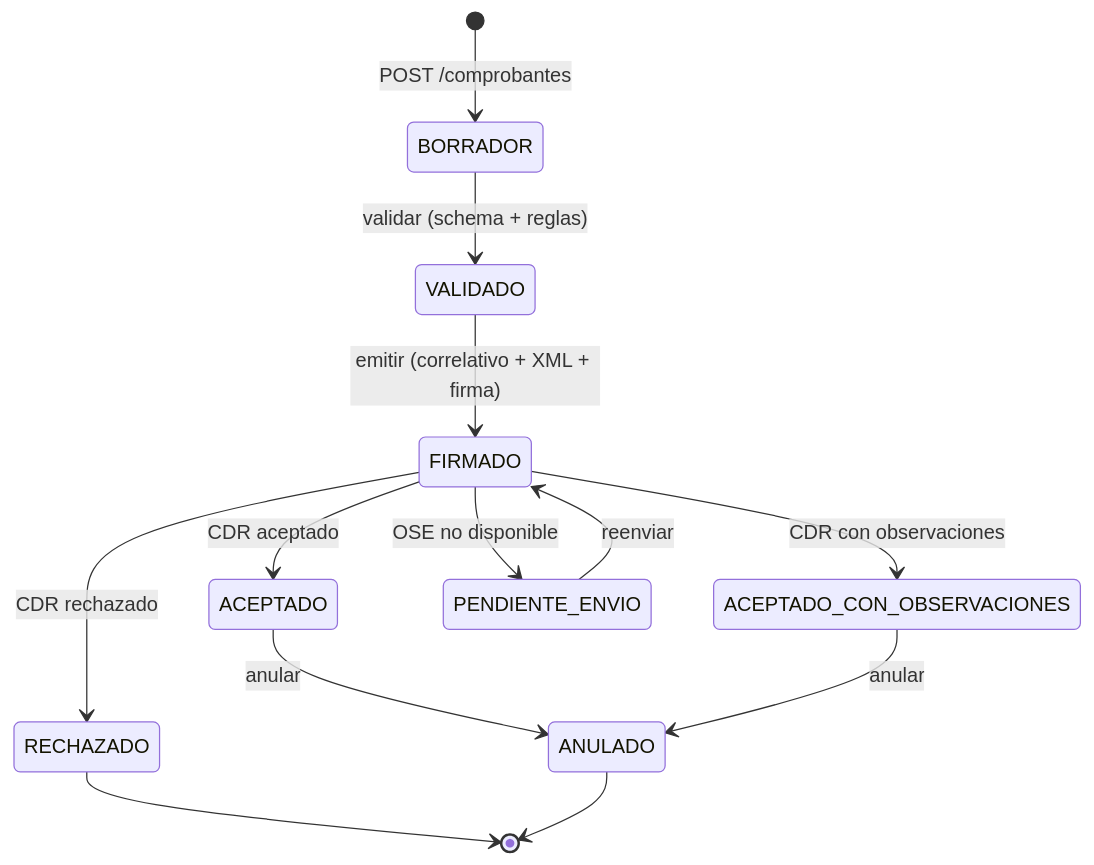
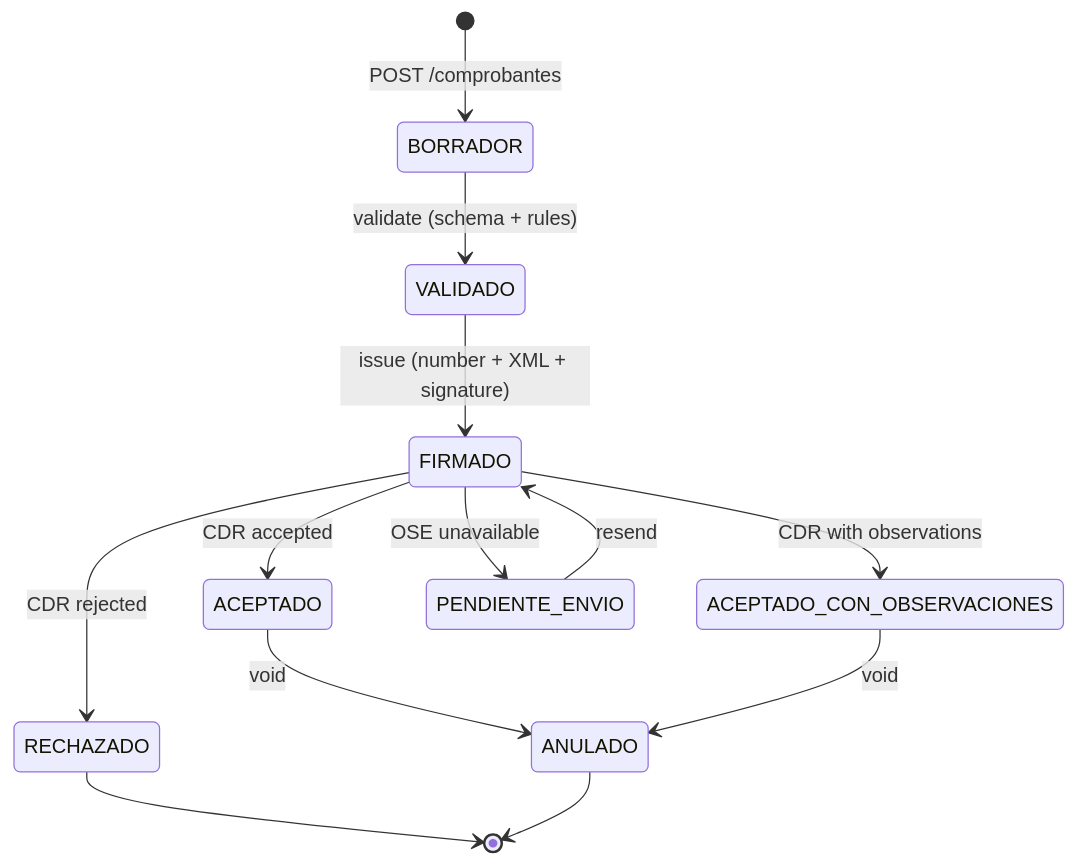
One commit to lourdesxiomara/MEDIOCURSO changed the second of 2 diagrams in specs/01-casos-uso/casos-uso.md. Above: the diagram before and after it, drawn with Mermaid. The commit also changed other lines of this file and 2 other files, not shown here.

````diff
--- a/specs/01-casos-uso/casos-uso.md
+++ b/specs/01-casos-uso/casos-uso.md
@@ -115,15 +115,15 @@
 ```mermaid
 stateDiagram-v2
   [*] --> BORRADOR: POST /comprobantes
-  BORRADOR --> VALIDADO: validar (schema + reglas)
-  VALIDADO --> FIRMADO: emitir (correlativo + XML + firma)
-  FIRMADO --> ACEPTADO: CDR aceptado
-  FIRMADO --> ACEPTADO_CON_OBSERVACIONES: CDR con observaciones
-  FIRMADO --> RECHAZADO: CDR rechazado
-  FIRMADO --> PENDIENTE_ENVIO: OSE no disponible
-  PENDIENTE_ENVIO --> FIRMADO: reenviar
-  ACEPTADO --> ANULADO: anular
-  ACEPTADO_CON_OBSERVACIONES --> ANULADO: anular
+  BORRADOR --> VALIDADO: validate (schema + rules)
+  VALIDADO --> FIRMADO: issue (number + XML + signature)
+  FIRMADO --> ACEPTADO: CDR accepted
+  FIRMADO --> ACEPTADO_CON_OBSERVACIONES: CDR with observations
+  FIRMADO --> RECHAZADO: CDR rejected
+  FIRMADO --> PENDIENTE_ENVIO: OSE unavailable
+  PENDIENTE_ENVIO --> FIRMADO: resend
+  ACEPTADO --> ANULADO: void
+  ACEPTADO_CON_OBSERVACIONES --> ANULADO: void
   RECHAZADO --> [*]
   ANULADO --> [*]
 ```
````
